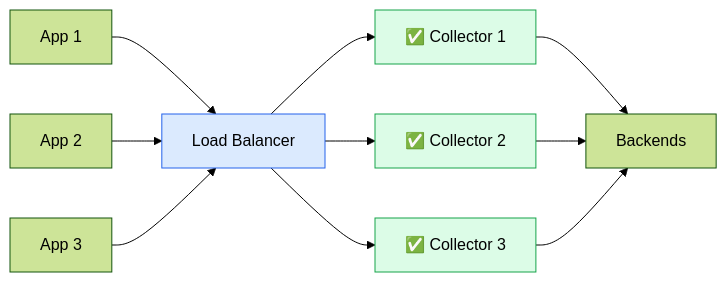
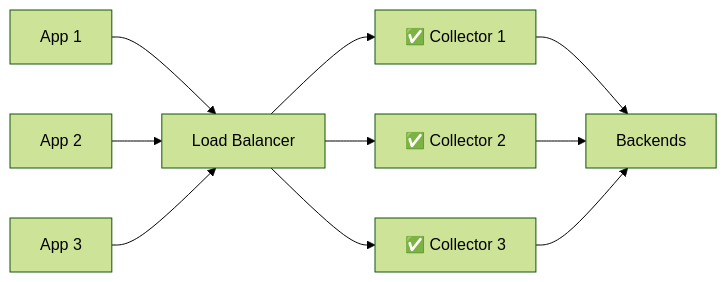
The second of 2 diagrams in docs/observability/anti-patterns.md (shivam-g-mishra/blog), drawn with Mermaid (forest theme) before and after one commit. The commit also changed other lines of this file and 23 other files, not shown here.

First line of the commit message:
fix: improve Mermaid diagram visibility in dark mode

````diff
--- a/docs/observability/anti-patterns.md
+++ b/docs/observability/anti-patterns.md
@@ -402,19 +400,14 @@
 ```mermaid
 flowchart LR
     app1["App 1"] --> lb
     app2["App 2"] --> lb
     app3["App 3"] --> lb
     
     lb["Load Balancer"] --> c1["✅ Collector 1"]
     lb --> c2["✅ Collector 2"]
     lb --> c3["✅ Collector 3"]
     
     c1 --> backends["Backends"]
     c2 --> backends
     c3 --> backends
-    
-    style lb fill:#dbeafe,stroke:#2563eb
-    style c1 fill:#dcfce7,stroke:#16a34a
-    style c2 fill:#dcfce7,stroke:#16a34a
-    style c3 fill:#dcfce7,stroke:#16a34a
 ```
````
